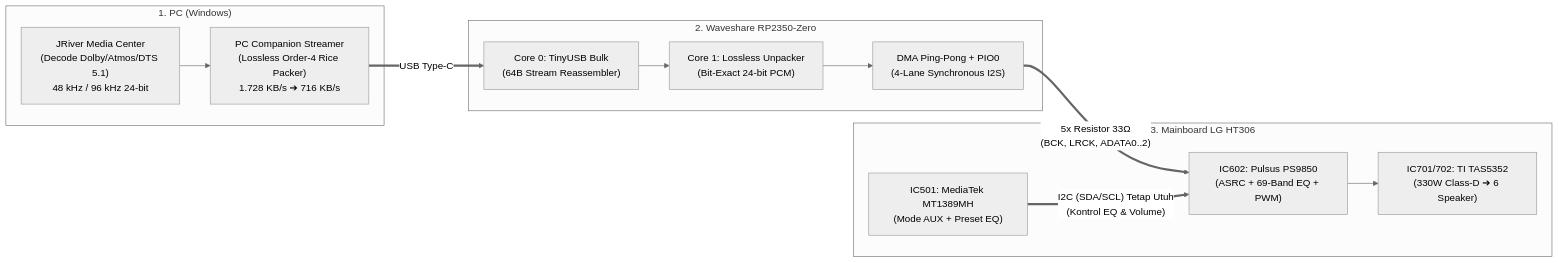
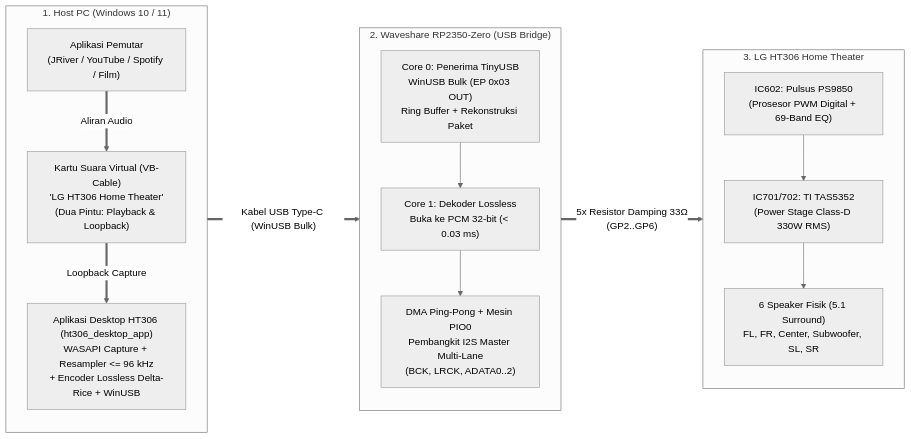
One commit to aan-andiyanaS/LG-HT306-Direct-I2S-5.1-7.1-Lossless-96kHz-USB-Bridge changed the diagram in README.id.md. Above: the diagram before and after it, drawn with Mermaid (neutral theme). The commit also changed other lines of this file and 17 other files, not shown here.

Commit message:
feat(docs): add JRiver topology (06), complete architecture (07), credits (08), and sync README bilingual

````diff
--- a/README.id.md
+++ b/README.id.md
@@ -28,26 +32,30 @@
 ```mermaid
 flowchart LR
-    subgraph PC["1. PC (Windows)"]
-        JR["JRiver Media Center\n(Decode Dolby/Atmos/DTS 5.1)\n48 kHz / 96 kHz 24-bit"]
-        STR["PC Companion Streamer\n(Lossless Order-4 Rice Packer)\n1.728 KB/s ➔ 716 KB/s"]
-        JR --> STR
+    subgraph PC["1. Host PC (Windows 10 / 11)"]
+        direction TB
+        APP["Aplikasi Pemutar\n(JRiver / YouTube / Spotify / Film)"]
+        VBC["Kartu Suara Virtual (VB-Cable)\n'LG HT306 Home Theater'\n(Dua Pintu: Playback & Loopback)"]
+        HOST["Aplikasi Desktop HT306 (ht306_desktop_app)\nWASAPI Capture + Resampler <= 96 kHz\n+ Encoder Lossless Delta-Rice + WinUSB"]
+        APP ==>|"Aliran Audio"| VBC
+        VBC ==>|"Loopback Capture"| HOST
     end
 
-    subgraph MCU["2. Waveshare RP2350-Zero"]
-        C0["Core 0: TinyUSB Bulk\n(64B Stream Reassembler)"]
-        C1["Core 1: Lossless Unpacker\n(Bit-Exact 24-bit PCM)"]
-        PIO["DMA Ping-Pong + PIO0\n(4-Lane Synchronous I2S)"]
+    subgraph MCU["2. Waveshare RP2350-Zero (USB Bridge)"]
+        direction TB
+        C0["Core 0: Penerima TinyUSB\nWinUSB Bulk (EP 0x03 OUT)\nRing Buffer + Rekonstruksi Paket"]
+        C1["Core 1: Dekoder Lossless\nBuka ke PCM 32-bit (< 0.03 ms)"]
+        PIO["DMA Ping-Pong + Mesin PIO0\nPembangkit I2S Master Multi-Lane\n(BCK, LRCK, ADATA0..2)"]
         C0 --> C1 --> PIO
     end
 
-    subgraph HT306["3. Mainboard LG HT306"]
-        MT["IC501: MediaTek MT1389MH\n(Mode AUX + Preset EQ)"]
-        PS["IC602: Pulsus PS9850\n(ASRC + 69-Band EQ + PWM)"]
-        TAS["IC701/702: TI TAS5352\n(330W Class-D ➔ 6 Speaker)"]
-        PS --> TAS
+    subgraph HT306["3. LG HT306 Home Theater"]
+        direction TB
+        PS["IC602: Pulsus PS9850\n(Prosesor PWM Digital + 69-Band EQ)"]
+        TAS["IC701/702: TI TAS5352\n(Power Stage Class-D 330W RMS)"]
+        SPK["6 Speaker Fisik (5.1 Surround)\nFL, FR, Center, Subwoofer, SL, SR"]
+        PS --> TAS --> SPK
     end
 
-    STR ==>|"USB Type-C"| C0
-    PIO ==>|"5x Resistor 33Ω\n(BCK, LRCK, ADATA0..2)"| PS
-    MT ==>|"I2C (SDA/SCL) Tetap Utuh\n(Kontrol EQ & Volume)"| PS
+    HOST ==>|"Kabel USB Type-C (WinUSB Bulk)"| C0
+    PIO ==>|"5x Resistor Damping 33Ω\n(GP2..GP6)"| PS
 ```
````
